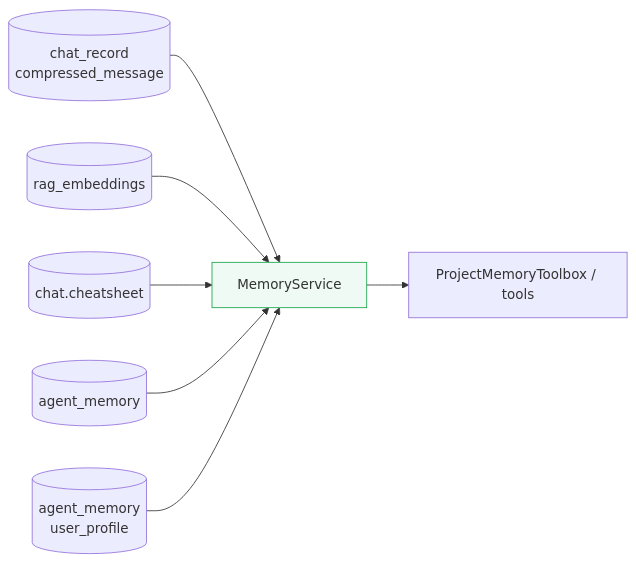
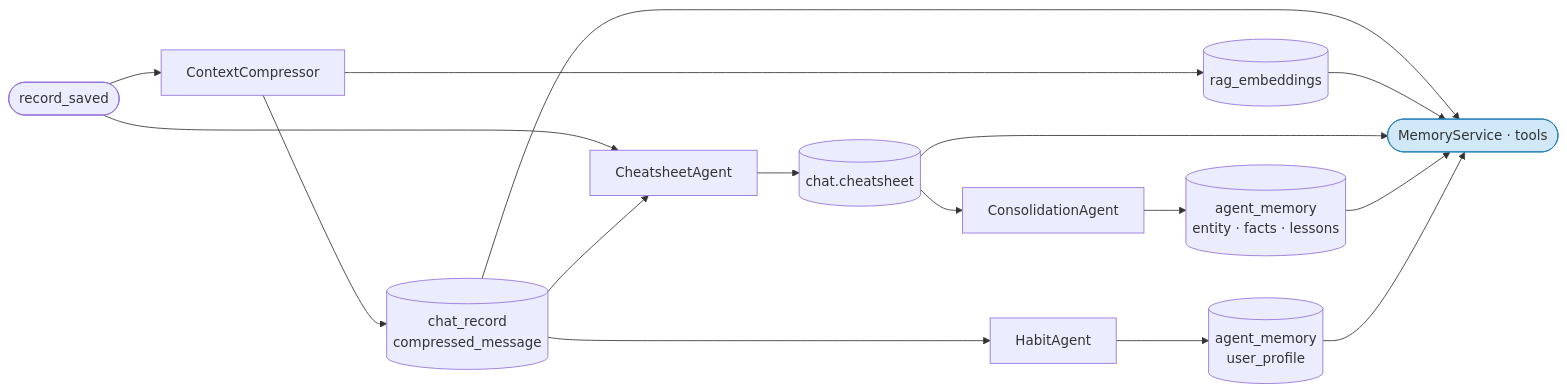
One commit to wiedersehne/Ida-arch changed the diagram in memory/memory-service.md. Above: the diagram before and after it, drawn with Mermaid. The commit also changed other lines of this file, not shown here.

````diff
--- a/memory/memory-service.md
+++ b/memory/memory-service.md
@@ -17,20 +19,28 @@
 ```mermaid
 flowchart LR
+    RS(["record_saved"])
+
+    CC["ContextCompressor"]
+    CSA["CheatsheetAgent"]
+    CONS["ConsolidationAgent"]
+    HA["HabitAgent"]
+
     CR[("chat_record\ncompressed_message")]
     RAG[("rag_embeddings")]
     CS[("chat.cheatsheet")]
-    AM[("agent_memory")]
+    AM[("agent_memory\nentity · facts · lessons")]
     UP[("agent_memory\nuser_profile")]
 
-    MS["MemoryService"]
-    TOOLS["ProjectMemoryToolbox / tools"]
+    MS(["MemoryService · tools"])
 
-    CR --> MS
-    RAG --> MS
-    CS --> MS
-    AM --> MS
-    UP --> MS
-    MS --> TOOLS
+    RS --> CC & CSA
+    CC --> CR & RAG
+    CR --> CSA & HA
+    CSA --> CS
+    CS --> CONS
+    CONS --> AM
+    HA --> UP
+    CR & RAG & CS & AM & UP --> MS
 
-    style MS fill:#eefaf3,stroke:#16a34a
+    style MS fill:#d0e8f7,stroke:#2980b9
 ```
````
